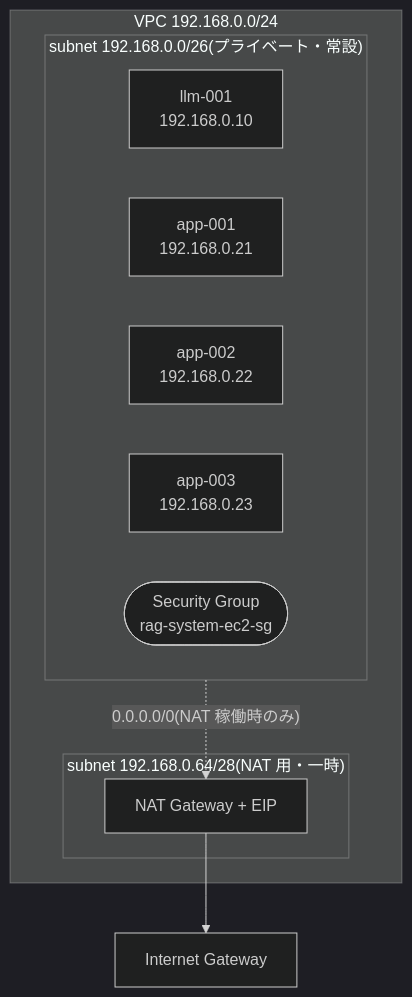
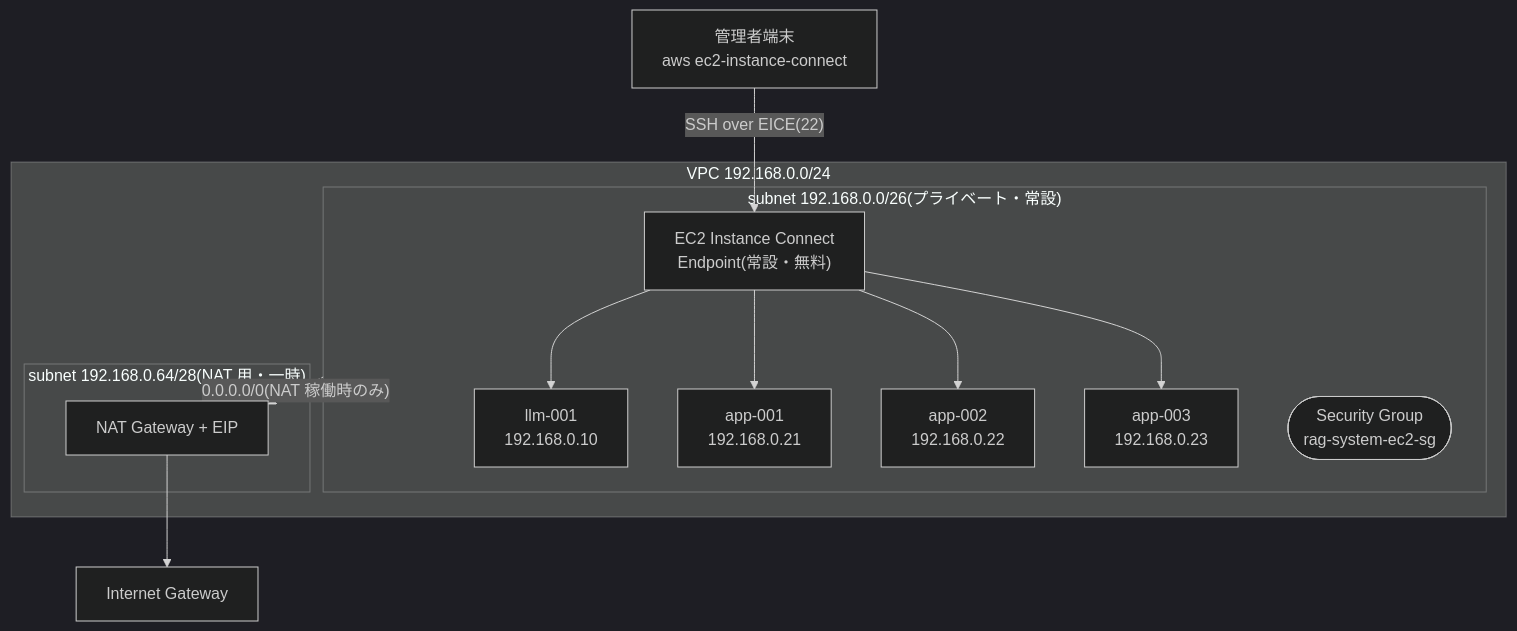
Before and after one commit to irimura/rag-system: the first of 2 diagrams in docs/aws-provisioning.md, drawn with Mermaid (dark theme). The commit also changed other lines of this file and 1 other file, not shown here.

First line of the commit message:
Switch shell access from SSM to EC2 Instance Connect Endpoint (EICE)

````diff
--- a/docs/aws-provisioning.md
+++ b/docs/aws-provisioning.md
@@ -28,18 +28,22 @@
 ```mermaid
 flowchart TB
+    ADMIN["管理者端末<br/>aws ec2-instance-connect"]
     IGW["Internet Gateway"]
     subgraph vpc["VPC 192.168.0.0/24"]
         subgraph snet["subnet 192.168.0.0/26(プライベート・常設)"]
+            EICE["EC2 Instance Connect<br/>Endpoint(常設・無料)"]
             A["llm-001<br/>192.168.0.10"]
             B1["app-001<br/>192.168.0.21"]
             B2["app-002<br/>192.168.0.22"]
             B3["app-003<br/>192.168.0.23"]
             SG(["Security Group<br/>rag-system-ec2-sg"])
         end
         subgraph natnet["subnet 192.168.0.64/28(NAT 用・一時)"]
             NAT["NAT Gateway + EIP"]
         end
     end
+    ADMIN -->|"SSH over EICE(22)"| EICE
+    EICE --> A & B1 & B2 & B3
     NAT --> IGW
     snet -.->|"0.0.0.0/0(NAT 稼働時のみ)"| NAT
 ```
````
